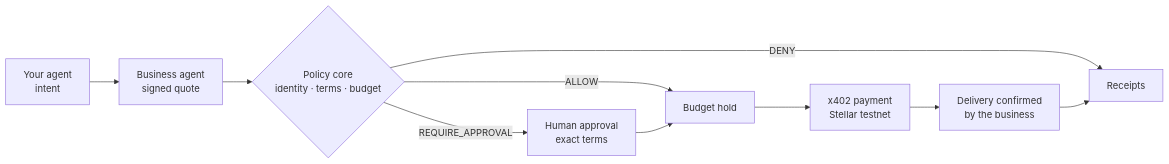
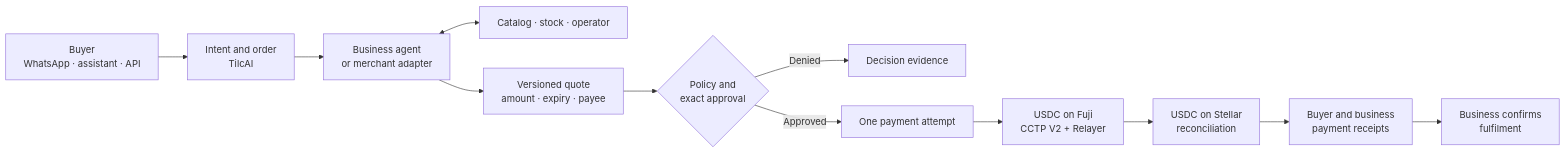
The diagram in profile/README.md (TilcAI/.github), drawn with Mermaid before and after one commit. The commit also changed other lines of this file, not shown here.

````diff
--- a/profile/README.md
+++ b/profile/README.md
@@ -54,12 +36,14 @@
 ```mermaid
 flowchart LR
-    U[Your agent<br/>intent] --> Q[Business agent<br/>signed quote]
-    Q --> P{Policy core<br/>identity · terms · budget}
-    P -->|ALLOW| B[Budget hold]
-    P -->|REQUIRE_APPROVAL| H[Human approval<br/>exact terms]
-    H --> B
-    P -->|DENY| R[Receipts]
-    B --> X[x402 payment<br/>Stellar testnet]
-    X --> D[Delivery confirmed<br/>by the business]
-    D --> R
+    U[Buyer<br/>WhatsApp · assistant · API] --> I[Intent and order<br/>TilcAI]
+    I --> M[Business agent<br/>or merchant adapter]
+    M <--> C[Catalog · stock · operator]
+    M --> Q[Versioned quote<br/>amount · expiry · payee]
+    Q --> A{Policy and<br/>exact approval}
+    A -->|Denied| E[Decision evidence]
+    A -->|Approved| P[One payment attempt]
+    P --> X[USDC on Fuji<br/>CCTP V2 + Relayer]
+    X --> S[USDC on Stellar<br/>reconciliation]
+    S --> R[Buyer and business<br/>payment receipts]
+    R --> F[Business confirms<br/>fulfilment]
 ```
````
